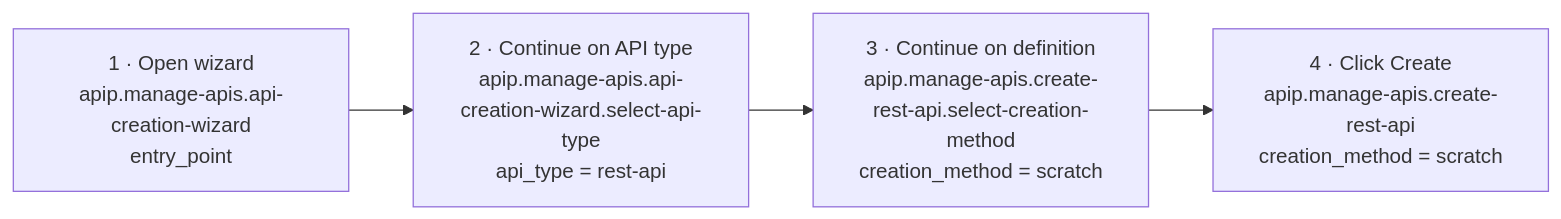
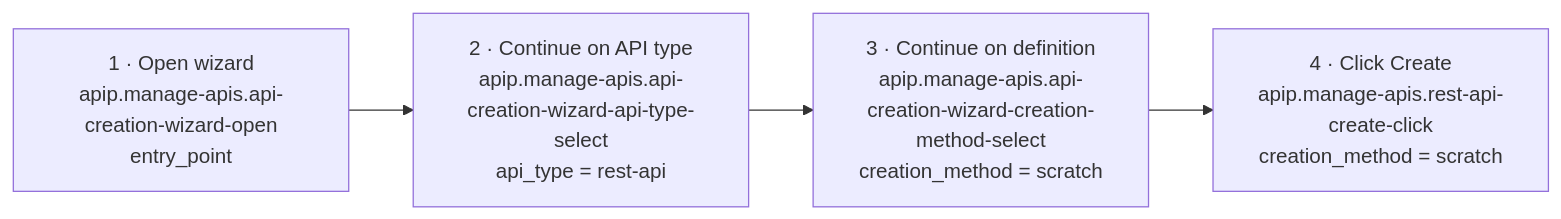
One commit to wso2/api-platform changed the fourth of 4 diagrams in portals/api-control-plane/spec/design/feature-usage-tracking.md. Above: the diagram before and after it, drawn with Mermaid. The commit also changed other lines of this file and 2 other files, not shown here.

````diff
--- a/portals/api-control-plane/spec/design/feature-usage-tracking.md
+++ b/portals/api-control-plane/spec/design/feature-usage-tracking.md
@@ -353,8 +365,8 @@
 ```mermaid
 flowchart LR
-    s1["1 · Open wizard<br/>apip.manage-apis.api-creation-wizard<br/>entry_point"]
-    s2["2 · Continue on API type<br/>apip.manage-apis.api-creation-wizard.select-api-type<br/>api_type = rest-api"]
-    s3["3 · Continue on definition<br/>apip.manage-apis.create-rest-api.select-creation-method<br/>creation_method = scratch"]
-    s4["4 · Click Create<br/>apip.manage-apis.create-rest-api<br/>creation_method = scratch"]
+    s1["1 · Open wizard<br/>apip.manage-apis.api-creation-wizard-open<br/>entry_point"]
+    s2["2 · Continue on API type<br/>apip.manage-apis.api-creation-wizard-api-type-select<br/>api_type = rest-api"]
+    s3["3 · Continue on definition<br/>apip.manage-apis.api-creation-wizard-creation-method-select<br/>creation_method = scratch"]
+    s4["4 · Click Create<br/>apip.manage-apis.rest-api-create-click<br/>creation_method = scratch"]
     s1 --> s2 --> s3 --> s4
 ```
````
